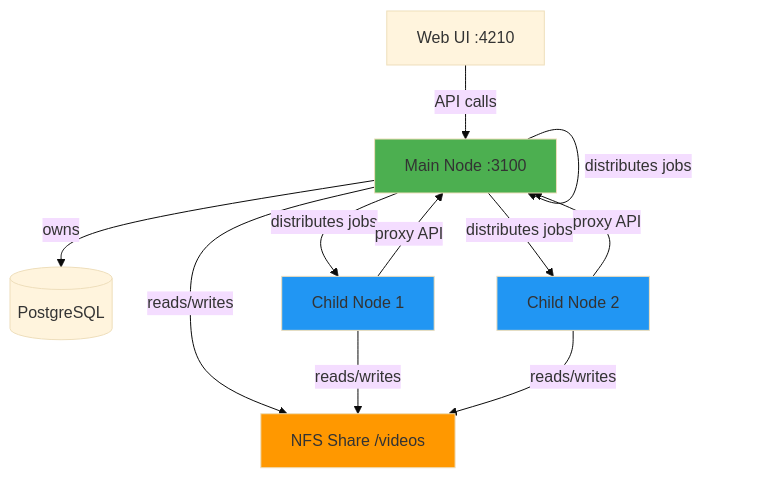
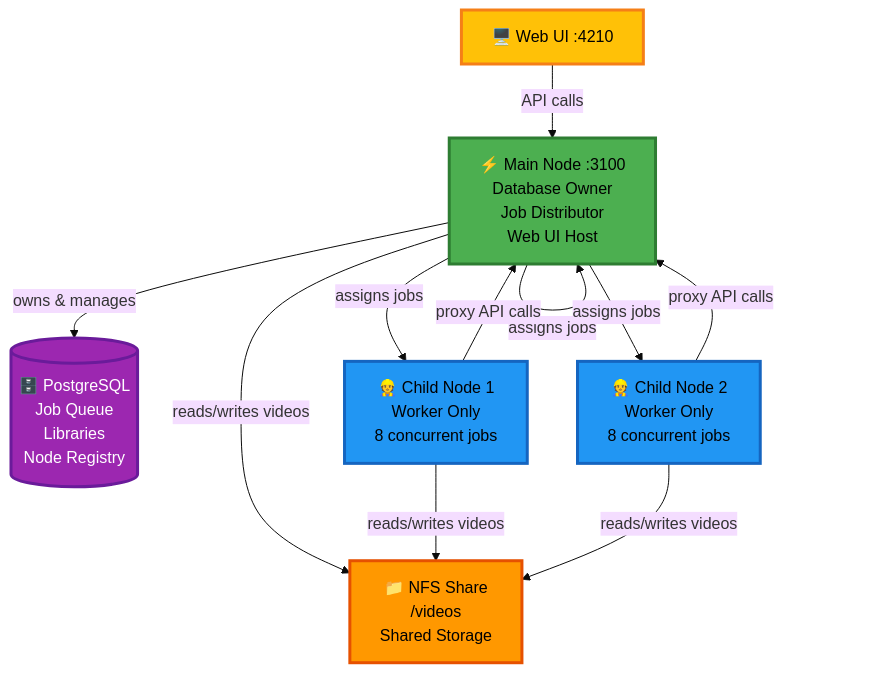
The diagram in docs-mintlify/advanced/multi-node.mdx (lucid-fabrics/bitbonsai), drawn with Mermaid (base theme) before and after one commit. The commit also changed other lines of this file and 13 other files, not shown here.

````diff
--- a/docs-mintlify/advanced/multi-node.mdx
+++ b/docs-mintlify/advanced/multi-node.mdx
@@ -40,21 +44,23 @@
 ```mermaid
 graph TD
-    UI[Web UI :4210] -->|API calls| Main[Main Node :3100]
-    Main -->|owns| DB[(PostgreSQL)]
-    Main -->|reads/writes| NFS[NFS Share /videos]
+    UI[🖥️ Web UI :4210] -->|API calls| Main[⚡ Main Node :3100<br/>Database Owner<br/>Job Distributor<br/>Web UI Host]
+    Main -->|owns & manages| DB[(🗄️ PostgreSQL<br/>Job Queue<br/>Libraries<br/>Node Registry)]
+    Main -->|reads/writes videos| NFS[📁 NFS Share<br/>/videos<br/>Shared Storage]
 
-    Main -->|distributes jobs| Main
-    Main -->|distributes jobs| Child1[Child Node 1]
-    Main -->|distributes jobs| Child2[Child Node 2]
+    Main -->|assigns jobs| Main
+    Main -->|assigns jobs| Child1[👷 Child Node 1<br/>Worker Only<br/>8 concurrent jobs]
+    Main -->|assigns jobs| Child2[👷 Child Node 2<br/>Worker Only<br/>8 concurrent jobs]
 
-    Child1 -->|proxy API| Main
-    Child2 -->|proxy API| Main
+    Child1 -->|proxy API calls| Main
+    Child2 -->|proxy API calls| Main
 
-    Child1 -->|reads/writes| NFS
-    Child2 -->|reads/writes| NFS
+    Child1 -->|reads/writes videos| NFS
+    Child2 -->|reads/writes videos| NFS
 
-    style Main fill:#4CAF50
-    style Child1 fill:#2196F3
-    style Child2 fill:#2196F3
-    style NFS fill:#FF9800
+    style Main fill:#4CAF50,stroke:#2E7D32,stroke-width:3px,color:#000
+    style Child1 fill:#2196F3,stroke:#1565C0,stroke-width:3px,color:#000
+    style Child2 fill:#2196F3,stroke:#1565C0,stroke-width:3px,color:#000
+    style NFS fill:#FF9800,stroke:#E65100,stroke-width:3px,color:#000
+    style DB fill:#9C27B0,stroke:#6A1B9A,stroke-width:3px,color:#fff
+    style UI fill:#FFC107,stroke:#F57F17,stroke-width:3px,color:#000
 ```
````
